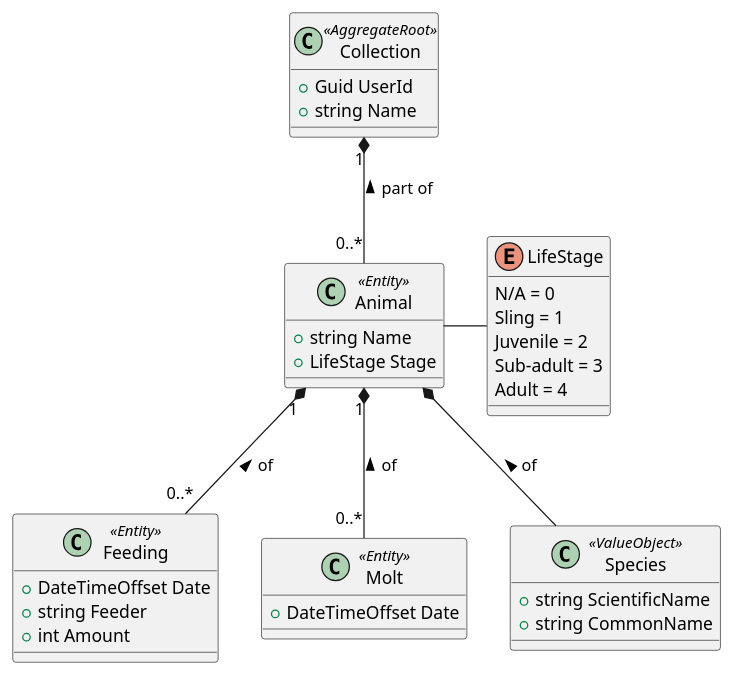
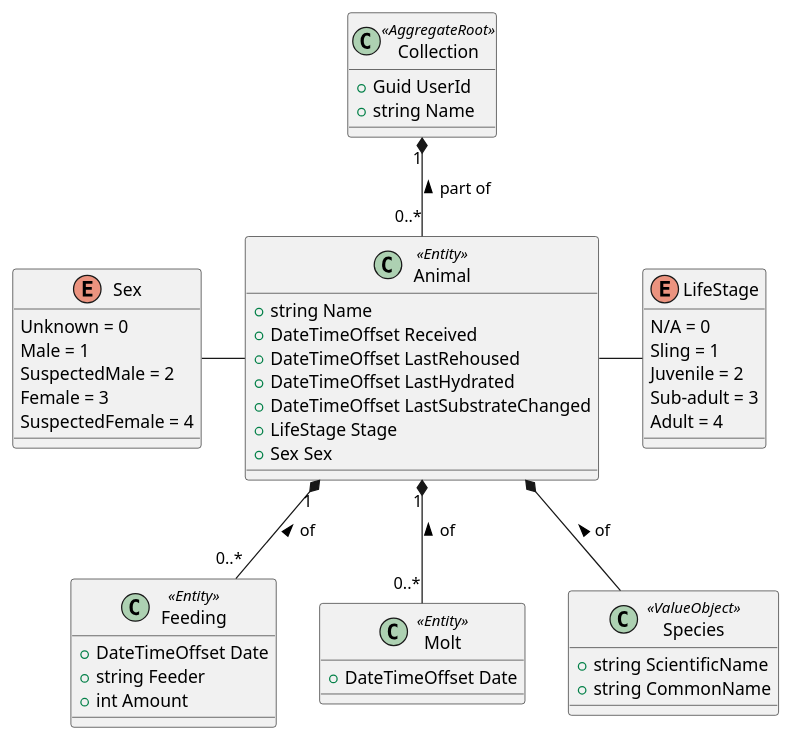
The diagram in docs/domain_model.puml (swiftybathero/EightCare), drawn with PlantUML before and after one commit.

Commit message:
Add more domain data details

```diff
--- a/docs/domain_model.puml
+++ b/docs/domain_model.puml
@@ -1,45 +1,59 @@
 @startuml Domain Model
 
 ' Class definitions
 class Collection << AggregateRoot >> {
   + Guid UserId
   + string Name
 }
 
 class Animal << Entity >> {
   + string Name
+  + DateTimeOffset Received
+  + DateTimeOffset LastRehoused
+  + DateTimeOffset LastHydrated
+  + DateTimeOffset LastSubstrateChanged
   + LifeStage Stage
+  + Sex Sex
 }
 
 class Feeding << Entity >> {
   + DateTimeOffset Date
   + string Feeder
   + int Amount
 }
 
 class Molt << Entity >> {
   + DateTimeOffset Date
 }
 
 class Species << ValueObject >> {
   + string ScientificName
   + string CommonName
 }
 
 ' Enums
 enum LifeStage {
   N/A = 0
   Sling = 1
   Juvenile = 2
   Sub-adult = 3
   Adult = 4
 }
 
+enum Sex {
+  Unknown = 0
+  Male = 1
+  SuspectedMale = 2
+  Female = 3
+  SuspectedFemale = 4
+}
+
 ' Relations
 Collection "1" *-- "0..*" Animal : part of <
 Animal "1" *-- "0..*" Feeding : of <
 Animal "1" *-- "0..*" Molt : of <
 Animal *-- Species : of <
 Animal -right- LifeStage
+Animal -left- Sex
 
 @enduml
```
